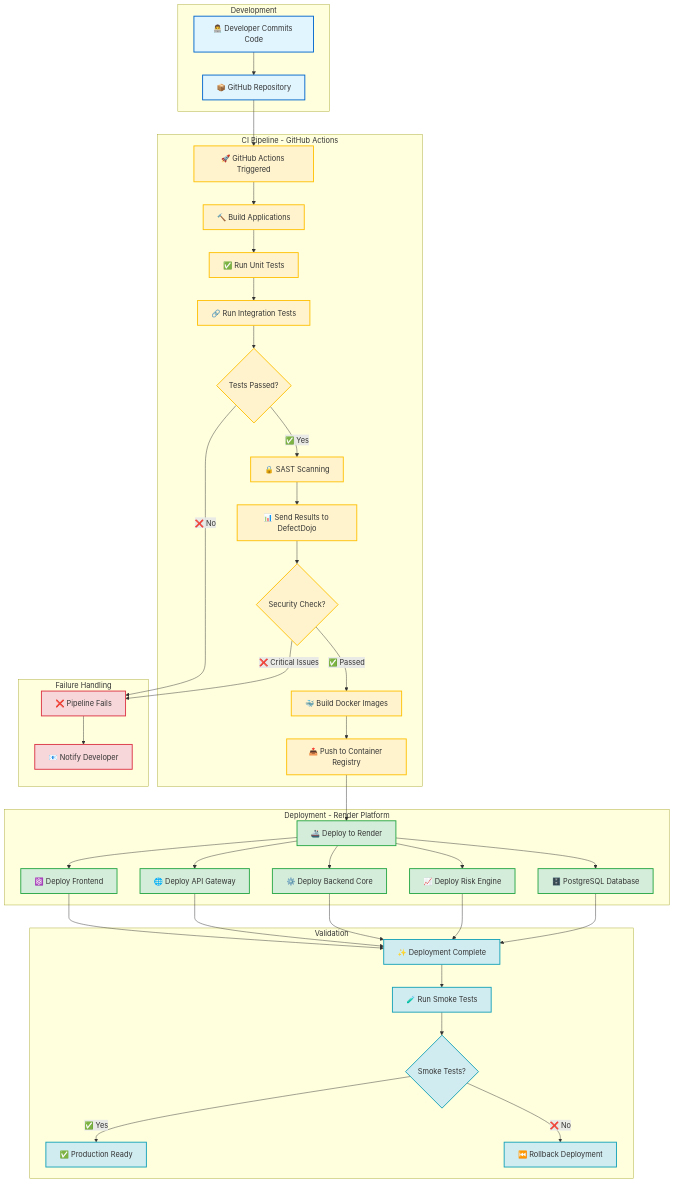
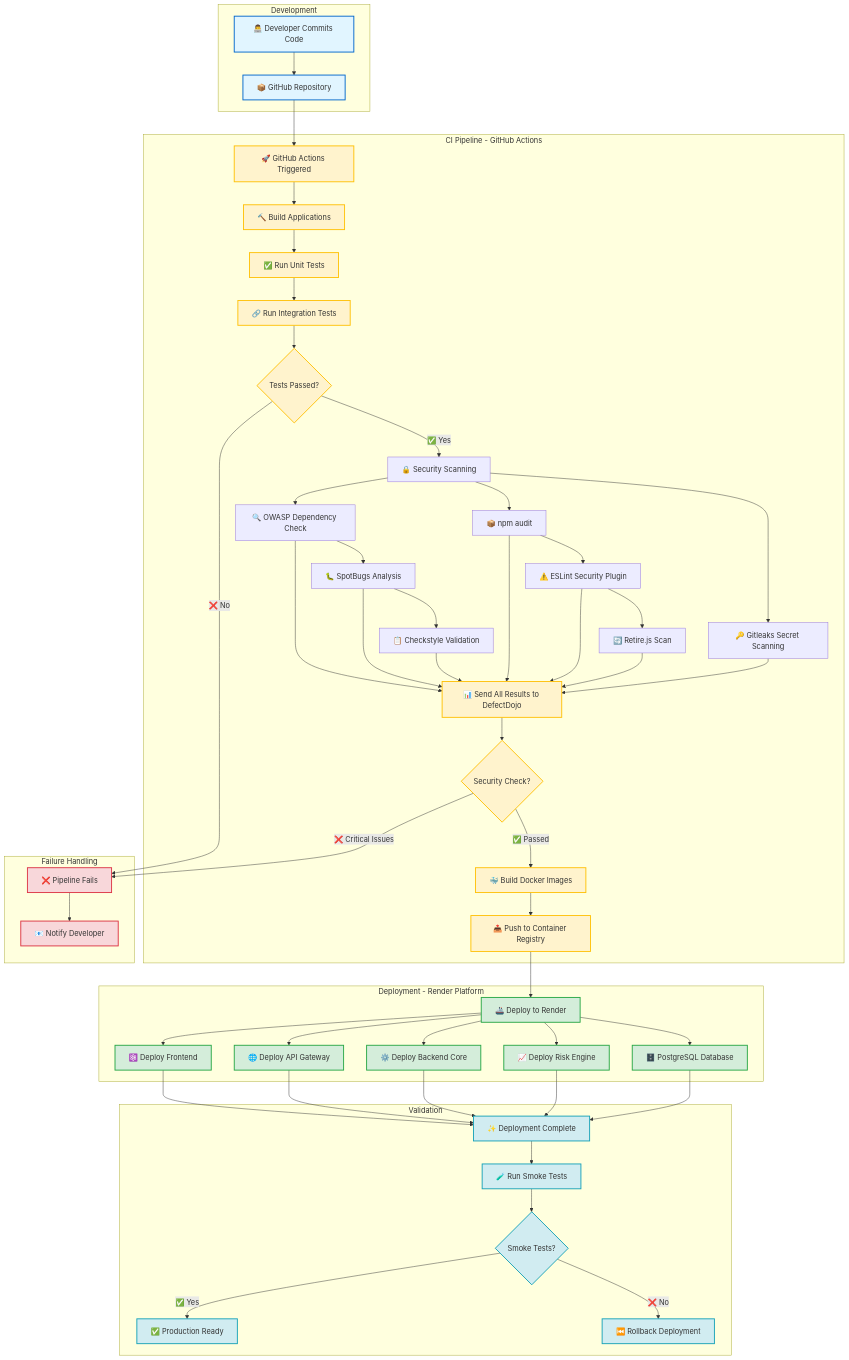
Before and after one commit to faculax/credit-default-swap: the first of 2 diagrams in docs/EndToEndFlow.md, drawn with Mermaid. The commit also changed other lines of this file, not shown here.

Commit message:
Updated e2e flow docs

```diff
--- a/docs/EndToEndFlow.md
+++ b/docs/EndToEndFlow.md
@@ -44,8 +44,15 @@
         E[✅ Run Unit Tests]
         F[🔗 Run Integration Tests]
         G{Tests Passed?}
-        I[🔒 SAST Scanning]
-        J[📊 Send Results to DefectDojo]
+        I1[🔒 Security Scanning]
+        I2[🔍 OWASP Dependency Check]
+        I3[🐛 SpotBugs Analysis]
+        I4[📋 Checkstyle Validation]
+        I5[📦 npm audit]
+        I6[⚠️ ESLint Security Plugin]
+        I7[🔄 Retire.js Scan]
+        I8[🔑 Gitleaks Secret Scanning]
+        J[📊 Send All Results to DefectDojo]
         K{Security Check?}
         L[🐳 Build Docker Images]
         M[📤 Push to Container Registry]
@@ -79,9 +86,22 @@
     D --> E
     E --> F
     F --> G
-    G -->|✅ Yes| I
+    G -->|✅ Yes| I1
     G -->|❌ No| H
-    I --> J
+    I1 --> I2
+    I1 --> I5
+    I1 --> I8
+    I2 --> I3
+    I3 --> I4
+    I5 --> I6
+    I6 --> I7
+    I2 --> J
+    I3 --> J
+    I4 --> J
+    I5 --> J
+    I6 --> J
+    I7 --> J
+    I8 --> J
     J --> K
     K -->|❌ Critical Issues| H
     K -->|✅ Passed| L
```
